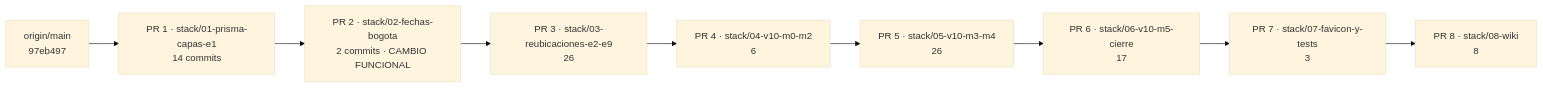
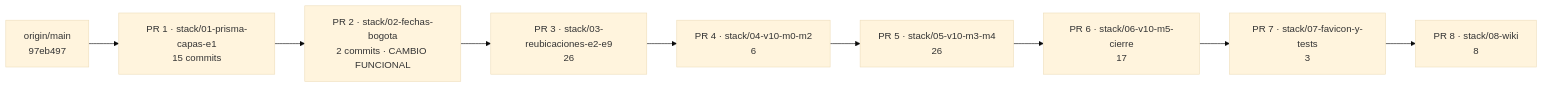
The diagram in docs/internal/informe-pila-de-prs.md (NexusThrive/nexus-thrive), drawn with Mermaid (base theme) before and after one commit. The commit also changed other lines of this file and 1 other file, not shown here.

````diff
--- a/docs/internal/informe-pila-de-prs.md
+++ b/docs/internal/informe-pila-de-prs.md
@@ -7,11 +7,11 @@
 ```mermaid
 flowchart LR
-  main["origin/main<br/>97eb497"] --> P1["PR 1 · stack/01-prisma-capas-e1<br/>14 commits"]
+  main["origin/main<br/>97eb497"] --> P1["PR 1 · stack/01-prisma-capas-e1<br/>15 commits"]
   P1 --> P2["PR 2 · stack/02-fechas-bogota<br/>2 commits · CAMBIO FUNCIONAL"]
   P2 --> P3["PR 3 · stack/03-reubicaciones-e2-e9<br/>26"]
   P3 --> P4["PR 4 · stack/04-v10-m0-m2<br/>6"]
   P4 --> P5["PR 5 · stack/05-v10-m3-m4<br/>26"]
   P5 --> P6["PR 6 · stack/06-v10-m5-cierre<br/>17"]
   P6 --> P7["PR 7 · stack/07-favicon-y-tests<br/>3"]
   P7 --> P8["PR 8 · stack/08-wiki<br/>8"]
 ```
````
